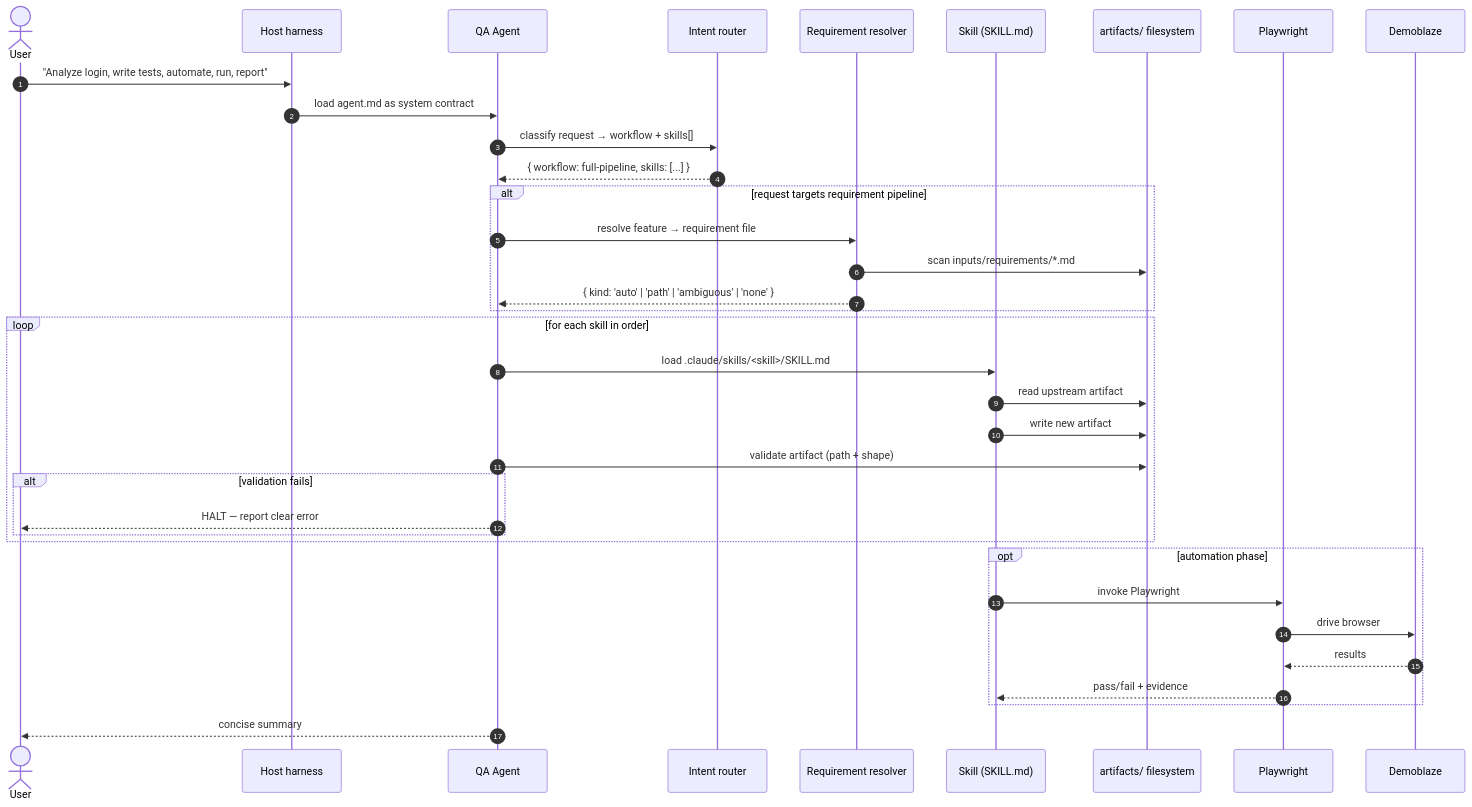
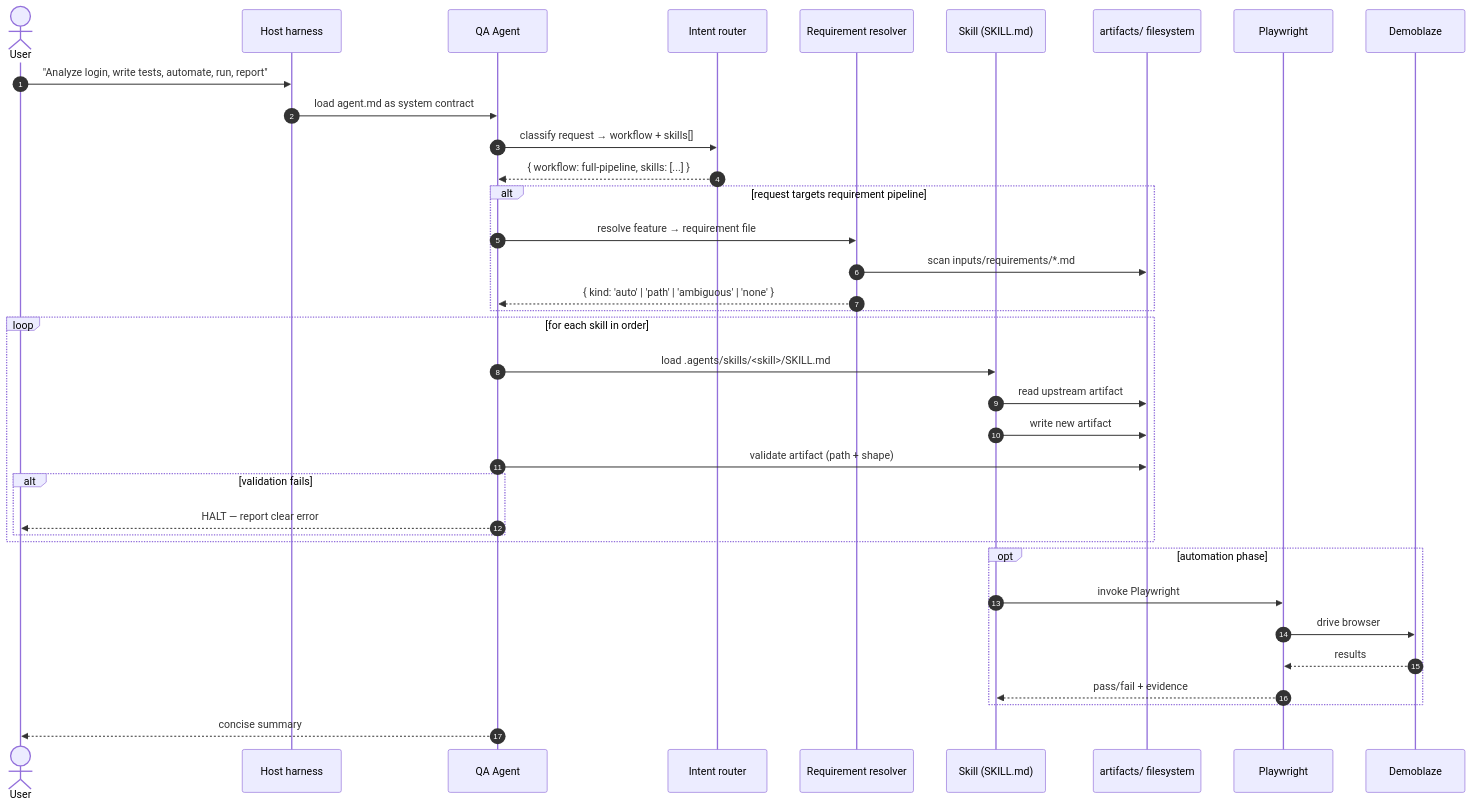
Before and after one commit to jannatul-ferdous-enosis/demoblaze-agentic-framework: the second of 11 diagrams in .docs/workflow.md, drawn with Mermaid. The commit also changed other lines of this file and 21 other files, not shown here.

````diff
--- a/.docs/workflow.md
+++ b/.docs/workflow.md
@@ -67,43 +67,43 @@
 ```mermaid
 sequenceDiagram
     autonumber
     actor User
     participant Host as Host harness
     participant Agent as QA Agent
     participant Router as Intent router
     participant Resolver as Requirement resolver
     participant Skill as Skill (SKILL.md)
     participant FS as artifacts/ filesystem
     participant PW as Playwright
     participant App as Demoblaze
 
     User->>Host: "Analyze login, write tests, automate, run, report"
     Host->>Agent: load agent.md as system contract
     Agent->>Router: classify request → workflow + skills[]
     Router-->>Agent: { workflow: full-pipeline, skills: [...] }
 
     alt request targets requirement pipeline
         Agent->>Resolver: resolve feature → requirement file
         Resolver->>FS: scan inputs/requirements/*.md
         Resolver-->>Agent: { kind: 'auto' | 'path' | 'ambiguous' | 'none' }
     end
 
     loop for each skill in order
-        Agent->>Skill: load .claude/skills/<skill>/SKILL.md
+        Agent->>Skill: load .agents/skills/<skill>/SKILL.md
         Skill->>FS: read upstream artifact
         Skill->>FS: write new artifact
         Agent->>FS: validate artifact (path + shape)
         alt validation fails
             Agent-->>User: HALT — report clear error
         end
     end
 
     opt automation phase
         Skill->>PW: invoke Playwright
         PW->>App: drive browser
         App-->>PW: results
         PW-->>Skill: pass/fail + evidence
     end
 
     Agent-->>User: concise summary
 ```
````
